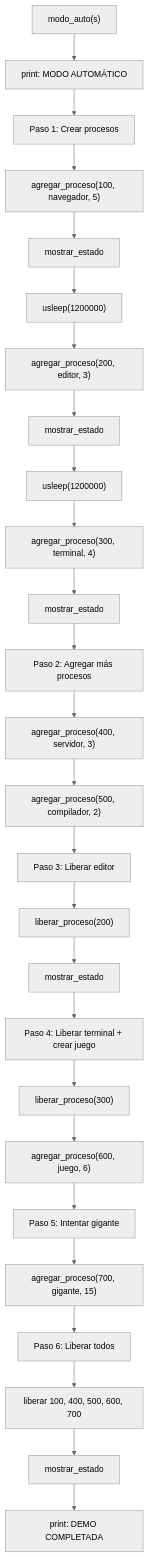
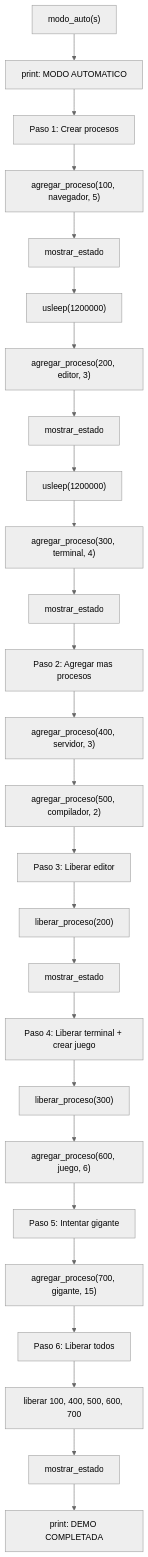
The sixth of 7 diagrams in reports/programa-3/REPORT.md (dantecc10/operative-systems-ii), drawn with Mermaid (neutral theme) before and after one commit. The commit also changed other lines of this file and 11 other files, not shown here.

````diff
--- a/reports/programa-3/REPORT.md
+++ b/reports/programa-3/REPORT.md
@@ -537,28 +912,28 @@
 ```mermaid
 flowchart TD
-    A["modo_auto(s)"] --> B["print: MODO AUTOMÁTICO"]
+    A["modo_auto(s)"] --> B["print: MODO AUTOMATICO"]
     B --> C["Paso 1: Crear procesos"]
     C --> D["agregar_proceso(100, navegador, 5)"]
     D --> E["mostrar_estado"]
     E --> F["usleep(1200000)"]
     F --> G["agregar_proceso(200, editor, 3)"]
     G --> H["mostrar_estado"]
     H --> I["usleep(1200000)"]
     I --> J["agregar_proceso(300, terminal, 4)"]
     J --> K["mostrar_estado"]
-    K --> L["Paso 2: Agregar más procesos"]
+    K --> L["Paso 2: Agregar mas procesos"]
     L --> M["agregar_proceso(400, servidor, 3)"]
     M --> N["agregar_proceso(500, compilador, 2)"]
     N --> O["Paso 3: Liberar editor"]
     O --> P["liberar_proceso(200)"]
     P --> Q["mostrar_estado"]
     Q --> R["Paso 4: Liberar terminal + crear juego"]
     R --> S["liberar_proceso(300)"]
     S --> T["agregar_proceso(600, juego, 6)"]
     T --> U["Paso 5: Intentar gigante"]
     U --> V["agregar_proceso(700, gigante, 15)"]
     V --> W["Paso 6: Liberar todos"]
     W --> X["liberar 100, 400, 500, 600, 700"]
     X --> Y["mostrar_estado"]
     Y --> Z["print: DEMO COMPLETADA"]
 ```
````
